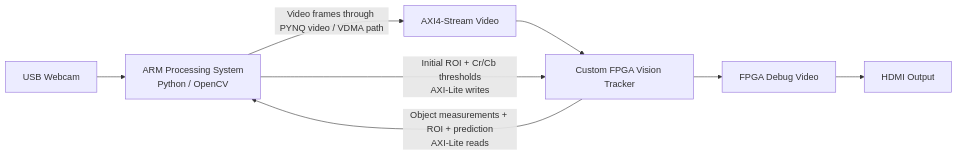
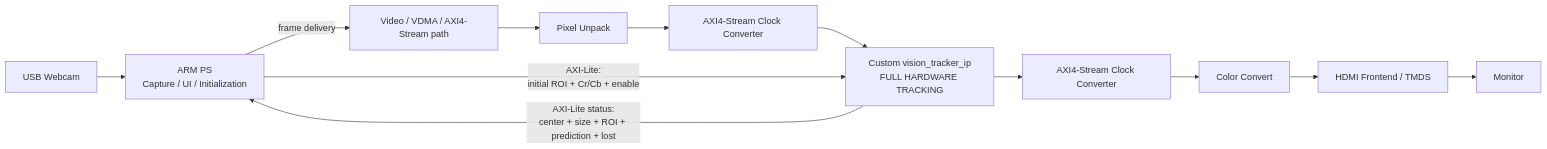
One commit to RL-Hillman/pynq_z2_object_tracking_system changed the first of 3 diagrams in README.md. Above: the diagram before and after it, drawn with Mermaid. The commit also changed other lines of this file, not shown here.

````diff
--- a/README.md
+++ b/README.md
@@ -73,11 +104,19 @@
 ```mermaid
 flowchart LR
-    CAM[USB Webcam] --> PS[ARM Processing System\nPython / OpenCV]
-    PS -->|Video frames through PYNQ video / VDMA path| AXIS[AXI4-Stream Video]
-    AXIS --> PL[Custom FPGA Vision Tracker]
-    PL --> DBG[FPGA Debug Video]
-    DBG --> HDMI[HDMI Output]
+    CAM[USB Webcam] --> PS[ARM PS
+Capture / UI / Initialization]
+    PS -->|frame delivery| VID[Video / VDMA / AXI4-Stream path]
+    VID --> UNPACK[Pixel Unpack]
+    UNPACK --> CLKIN[AXI4-Stream Clock Converter]
+    CLKIN --> TRACKER[Custom vision_tracker_ip
+FULL HARDWARE TRACKING]
+    TRACKER --> CLKOUT[AXI4-Stream Clock Converter]
+    CLKOUT --> CC[Color Convert]
+    CC --> HDMI[HDMI Frontend / TMDS]
+    HDMI --> MON[Monitor]
 
-    PS -->|Initial ROI + Cr/Cb thresholds\nAXI-Lite writes| PL
-    PL -->|Object measurements + ROI + prediction\nAXI-Lite reads| PS
+    PS -->|AXI-Lite:
+initial ROI + Cr/Cb + enable| TRACKER
+    TRACKER -->|AXI-Lite status:
+center + size + ROI + prediction + lost| PS
 ```
````
